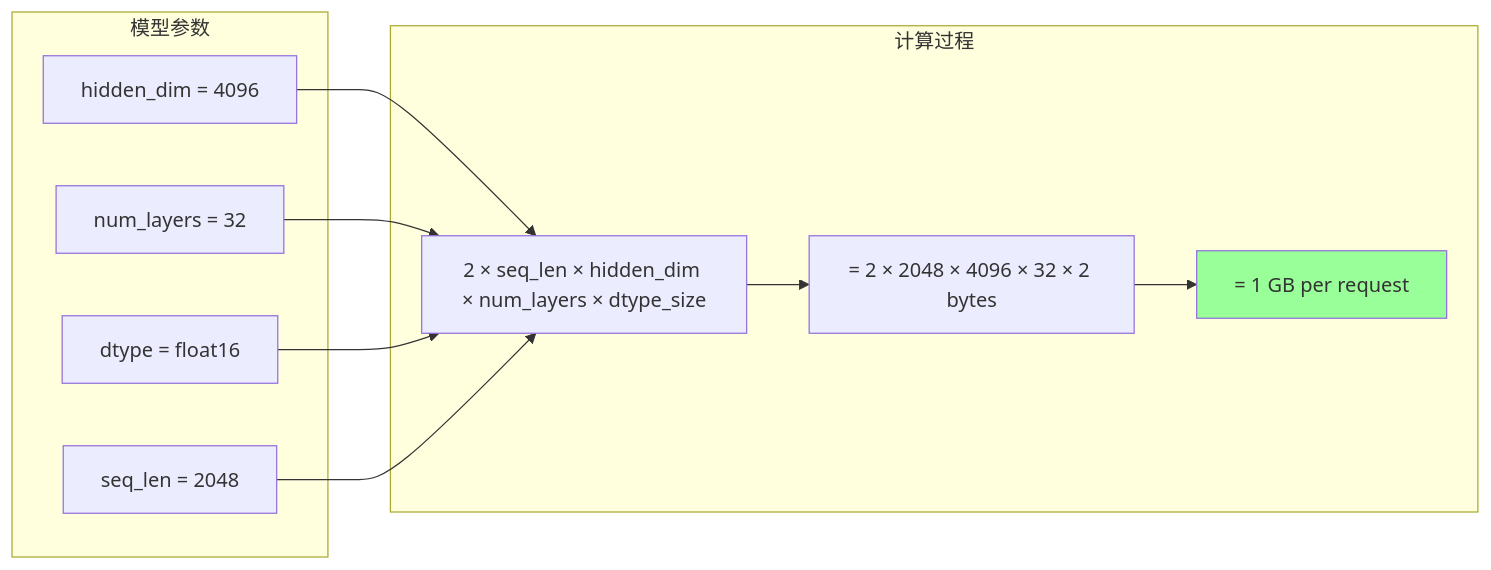
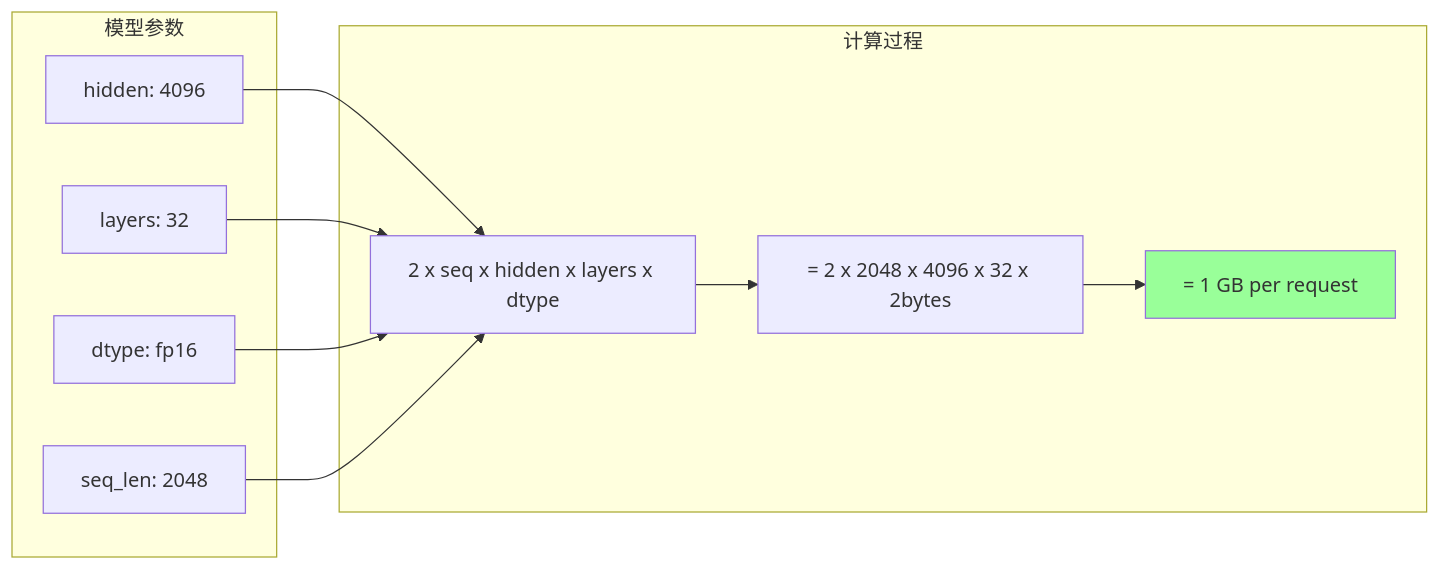
Before and after one commit to konyellin-cyber/longer: the tenth of 16 diagrams in kvcache_implementation.md, drawn with Mermaid. The commit also changed other lines of this file, not shown here.

Commit message:
Fix Mermaid syntax errors: remove special characters and multiline text in node labels

````diff
--- a/kvcache_implementation.md
+++ b/kvcache_implementation.md
@@ -292,22 +303,25 @@
 ```mermaid
 graph LR
-    subgraph "模型参数"
-        P1["hidden_dim = 4096"]
-        P2["num_layers = 32"]
-        P3["dtype = float16"]
-        P4["seq_len = 2048"]
+    subgraph A["模型参数"]
+        P1["hidden: 4096"]
+        P2["layers: 32"]
+        P3["dtype: fp16"]
+        P4["seq_len: 2048"]
     end
     
-    subgraph "计算过程"
-        C1["2 × seq_len × hidden_dim × num_layers × dtype_size"]
-        C1 --> C2["= 2 × 2048 × 4096 × 32 × 2 bytes"]
-        C2 --> C3["= 1 GB per request"]
+    subgraph B["计算过程"]
+        C1["2 x seq x hidden x layers x dtype"]
+        C2["= 2 x 2048 x 4096 x 32 x 2bytes"]
+        C3["= 1 GB per request"]
     end
     
     P1 --> C1
     P2 --> C1
     P3 --> C1
     P4 --> C1
     
+    C1 --> C2
+    C2 --> C3
+    
     style C3 fill:#99ff99
 ```
````
